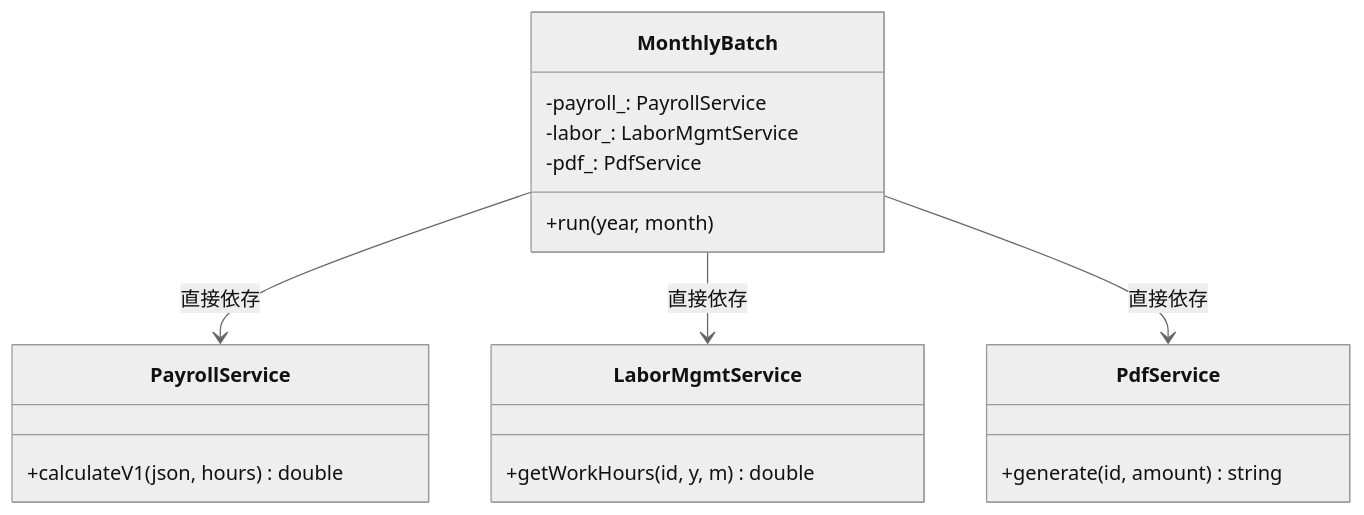
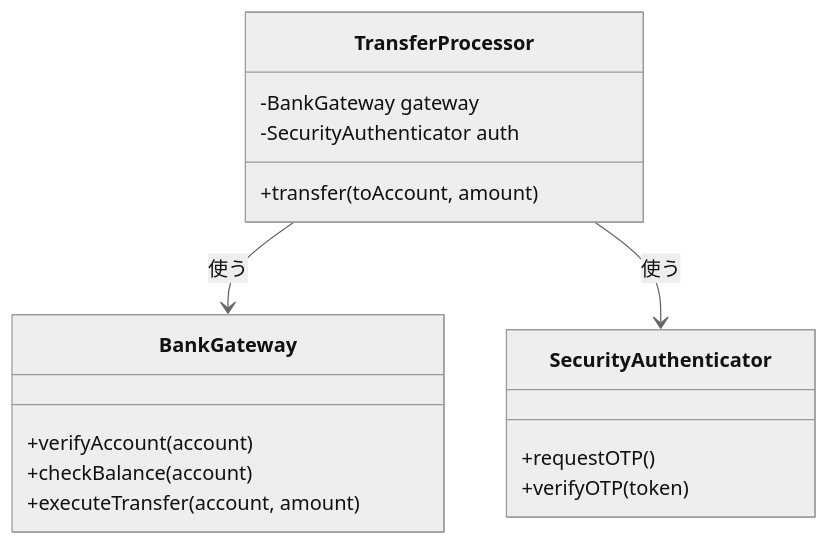
The first of 7 diagrams in kindle/design-patterns/output/chapter02.md (kumachan1101-pixel/DesignPattern), drawn with Mermaid (neutral theme) before and after one commit. The commit also changed other lines of this file and 11 other files, not shown here.

````diff
--- a/kindle/design-patterns/output/chapter02.md
+++ b/kindle/design-patterns/output/chapter02.md
@@ -54,22 +46,21 @@
 ```mermaid
 classDiagram
-    class MonthlyBatch {
-        -payroll_: PayrollService
-        -labor_: LaborMgmtService
-        -pdf_: PdfService
-        +run(year, month)
+    class TransferProcessor {
+        -BankGateway gateway
+        -SecurityAuthenticator auth
+        +transfer(toAccount, amount)
     }
-    class PayrollService {
-        +calculateV1(json, hours) double
+    class BankGateway {
+        +verifyAccount(account)
+        +checkBalance(account)
+        +executeTransfer(account, amount)
     }
-    class LaborMgmtService {
-        +getWorkHours(id, y, m) double
+    class SecurityAuthenticator {
+        +requestOTP()
+        +verifyOTP(token)
     }
-    class PdfService {
-        +generate(id, amount) string
-    }
+    
+    TransferProcessor --> BankGateway : 使う
+    TransferProcessor --> SecurityAuthenticator : 使う
 
-    MonthlyBatch --> PayrollService : 直接依存
-    MonthlyBatch --> LaborMgmtService : 直接依存
-    MonthlyBatch --> PdfService : 直接依存
 ```
````
